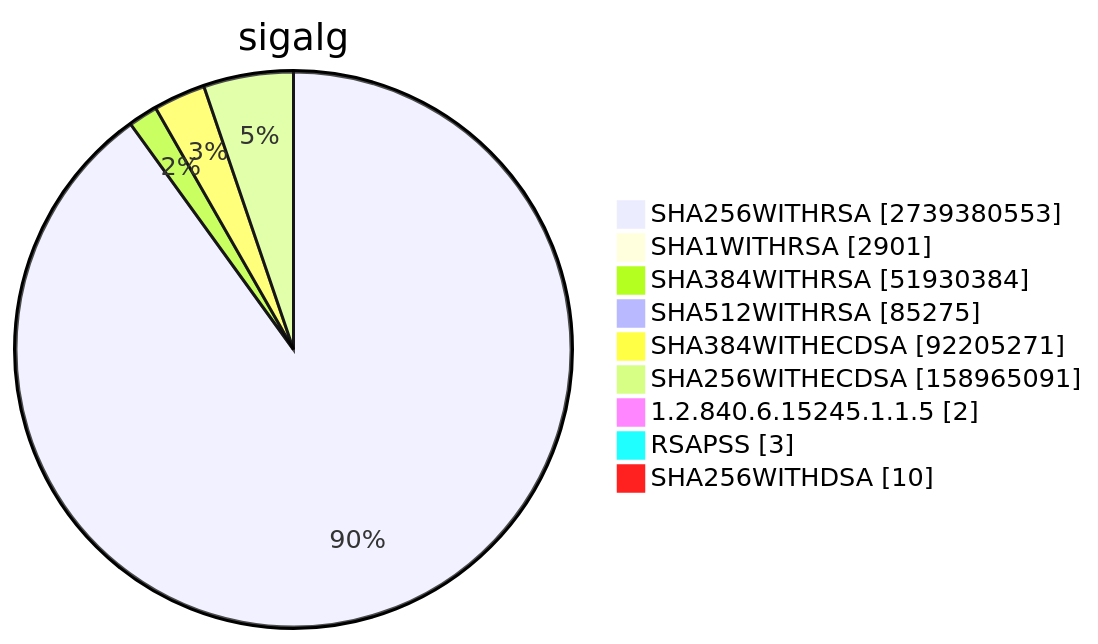
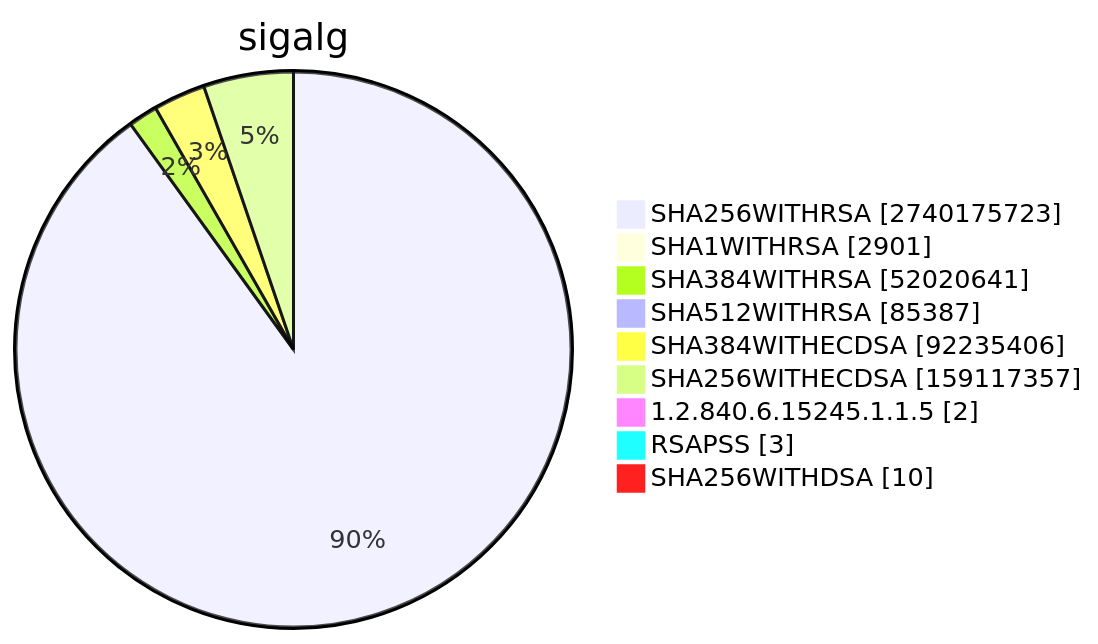
Before and after one commit to christiankrug/ctmonitor_visualization: diagram 15 of 15 in TOTAL/README.md, drawn with Mermaid. The commit also changed other lines of this file, not shown here.

````diff
--- a/TOTAL/README.md
+++ b/TOTAL/README.md
@@ -6203,13 +6204,13 @@
 ```mermaid
 pie showData
 title sigalg
-"SHA256WITHRSA" :2739380553
+"SHA256WITHRSA" :2740175723
 "SHA1WITHRSA" :2901
-"SHA384WITHRSA" :51930384
-"SHA512WITHRSA" :85275
-"SHA384WITHECDSA" :92205271
-"SHA256WITHECDSA" :158965091
+"SHA384WITHRSA" :52020641
+"SHA512WITHRSA" :85387
+"SHA384WITHECDSA" :92235406
+"SHA256WITHECDSA" :159117357
 "1.2.840.6.15245.1.1.5" :2
 "RSAPSS" :3
 "SHA256WITHDSA" :10
 ```
````
